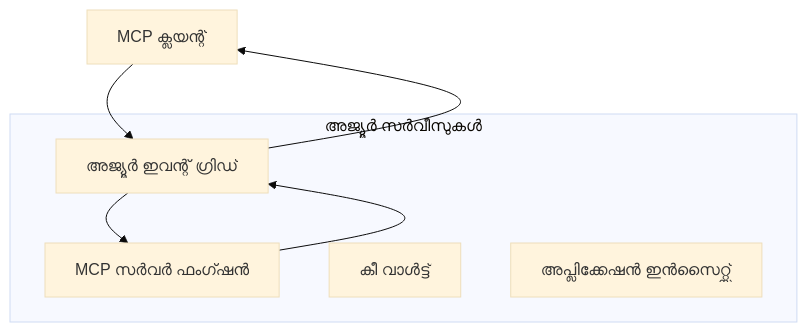
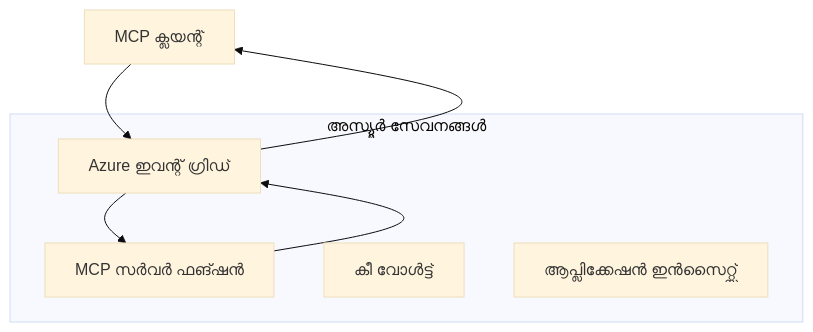
The first of 2 diagrams in mcp_ecosystem__model_context_protocol/mcp_learning_resources/mcp-for-beginners/translations/ml/05-AdvancedTopics/mcp-transport/README.md (HIDORAKAI002/ai-workspace-archive), drawn with Mermaid (base theme) before and after one commit. The commit also changed other lines of this file and 1046 other files, not shown here.

````diff
--- a/mcp_ecosystem__model_context_protocol/mcp_learning_resources/mcp-for-beginners/translations/ml/05-AdvancedTopics/mcp-transport/README.md
+++ b/mcp_ecosystem__model_context_protocol/mcp_learning_resources/mcp-for-beginners/translations/ml/05-AdvancedTopics/mcp-transport/README.md
@@ -58,14 +60,14 @@
 ```mermaid
 graph TB
-    Client[MCP ക്ലയന്റ്] --> EG[അജ്യൂർ ഇവന്റ് ഗ്രിഡ്]
-    EG --> Server[MCP സർവർ ഫംഗ്ഷൻ]
+    Client[MCP ക്ലയന്റ്] --> EG[Azure ഇവന്റ് ഗ്രിഡ്]
+    EG --> Server[MCP സർവർ ഫങ്ഷൻ]
     Server --> EG
     EG --> Client
     
-    subgraph "അജ്യൂർ സർവീസുകൾ"
+    subgraph "അസ്യൂര്‍ സേവനങ്ങൾ"
         EG
         Server
-        KV[കീ വാൾട്ട്]
-        Monitor[അപ്ലിക്കേഷൻ ഇൻസൈറ്റ്സ്]
+        KV[കീ വോൾട്ട്]
+        Monitor[ആപ്ലിക്കേഷൻ ഇൻസൈറ്റ്സ്]
     end
 ```
````
